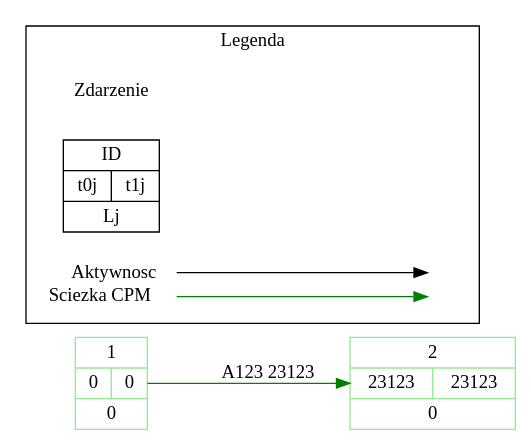
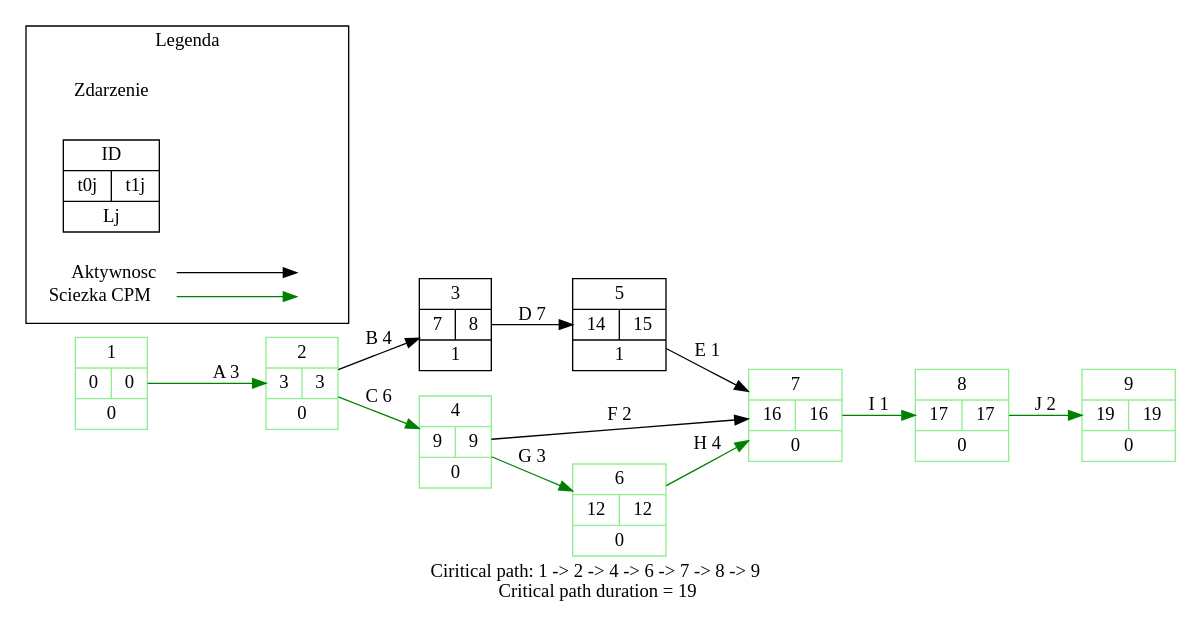
Before and after one commit to damczi17/boil: the diagram in graph.gv, drawn with Graphviz. The commit also changed 3 other files, not shown here.

Commit message:
Added critical path write to graph

```diff
--- a/graph.gv
+++ b/graph.gv
@@ -1,21 +1,36 @@
 digraph G { 
 rankdir="LR";
-struct1[shape=record,label="1|{0|0}| 0", color=lightgreen];struct1 -> struct2[color=green, label="A123 23123"];
-struct2[shape=record,label="2|{23123|23123}| 0", color=lightgreen];node [shape=plaintext]
+struct1[shape=record,label="1|{0|0}| 0", color=lightgreen];struct1 -> struct2[color=green, label="A 3"];
+struct2[shape=record,label="2|{3|3}| 0", color=lightgreen];struct2 -> struct3[label="B 4"];
+struct2 -> struct4[color=green, label="C 6"];
+struct3[shape=record,label="3|{7|8}| 1"];
+struct3 -> struct5[label="D 7"];
+struct4[shape=record,label="4|{9|9}| 0", color=lightgreen];struct4 -> struct7[label="F 2"];
+struct4 -> struct6[color=green, label="G 3"];
+struct5[shape=record,label="5|{14|15}| 1"];
+struct5 -> struct7[label="E 1"];
+struct6[shape=record,label="6|{12|12}| 0", color=lightgreen];struct6 -> struct7[color=green, label="H 4"];
+struct7[shape=record,label="7|{16|16}| 0", color=lightgreen];struct7 -> struct8[color=green, label="I 1"];
+struct8[shape=record,label="8|{17|17}| 0", color=lightgreen];struct8 -> struct9[color=green, label="J 2"];
+struct9[shape=record,label="9|{19|19}| 0", color=lightgreen];node [shape=plaintext]
 subgraph cluster_01 { 
 label = "Legenda";
 Zdarzenie
 struct [shape=record,label="ID|{t0j|t1j}| Lj"]
 key [label=<<table border="0" cellpadding="1" cellspacing="0" cellborder="0">
 <tr><td align="right" port="i1">Aktywnosc</td></tr>
 <tr><td align="right" port="i2">Sciezka CPM</td></tr>
 </table>>]key2 [label=<<table border="0" cellpadding="1" cellspacing="0" cellborder="0">
 <tr><td port="i1">&nbsp;</td></tr>
 <tr><td port="i2">&nbsp;</td></tr>
 </table>>]
 key:i1:e -> key2:i1:w
 key:i2:e -> key2:i2:w [color=green]
 
 struct [shape=record,label="ID|{t0j|t1j}|Lj"];
 }
+label="Ciritical path: 1 -> 2 -> 4 -> 6 -> 7 -> 8 -> 9
+  Critical path duration = 19"
+fontname="Calibri"
+
 }
```
